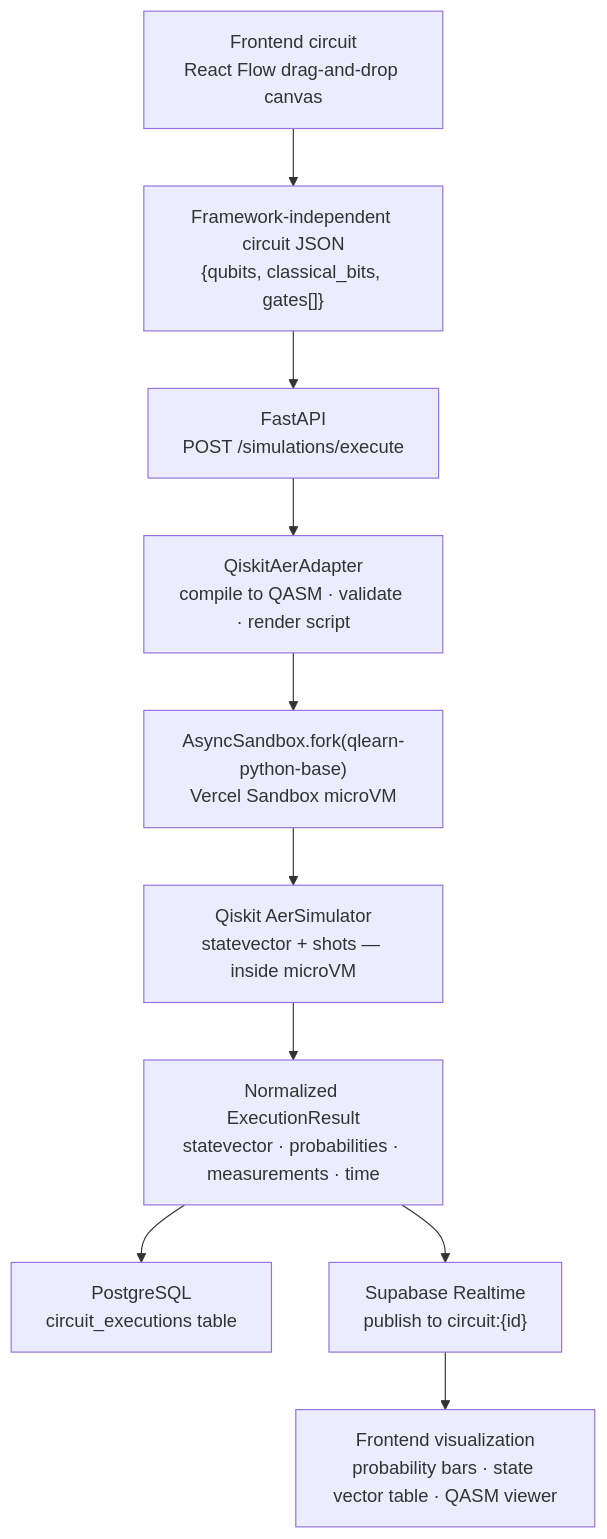
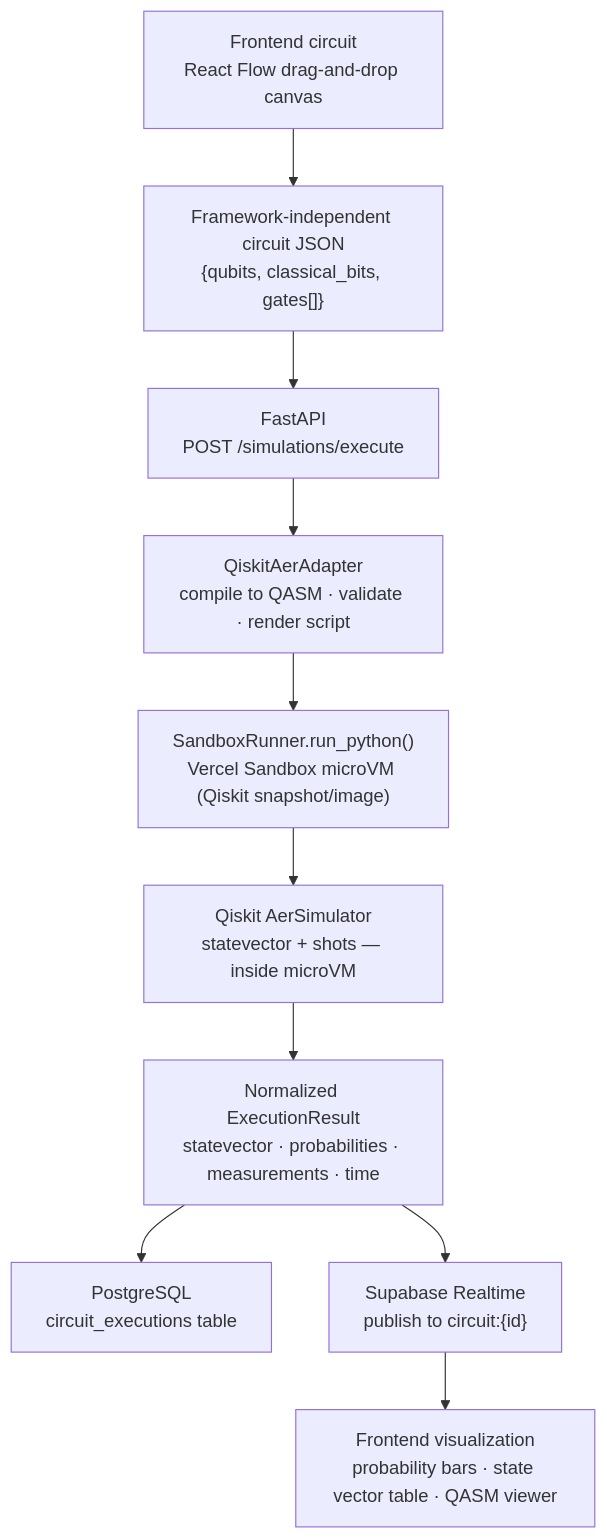
The fourth of 5 diagrams in Project.md (qphase-ai/Q-Learn), drawn with Mermaid before and after one commit. The commit also changed other lines of this file and 21 other files, not shown here.

First line of the commit message:
feat(quantum): wire Qiskit execution to the real Vercel Sandbox SDK

````diff
--- a/Project.md
+++ b/Project.md
@@ -651,17 +651,17 @@
 ```mermaid
 flowchart TD
     VIS["Frontend circuit\nReact Flow drag-and-drop canvas"]
     JSON["Framework-independent circuit JSON\n{qubits, classical_bits, gates[]}"]
     API["FastAPI\nPOST /simulations/execute"]
     ADAPTER["QiskitAerAdapter\ncompile to QASM · validate · render script"]
-    FORK["AsyncSandbox.fork(qlearn-python-base)\nVercel Sandbox microVM"]
+    FORK["SandboxRunner.run_python()\nVercel Sandbox microVM (Qiskit snapshot/image)"]
     SIM["Qiskit AerSimulator\nstatevector + shots — inside microVM"]
     RESULT["Normalized ExecutionResult\nstatevector · probabilities · measurements · time"]
     STORE["PostgreSQL\ncircuit_executions table"]
     RT["Supabase Realtime\npublish to circuit:{id}"]
     FE["Frontend visualization\nprobability bars · state vector table · QASM viewer"]
 
     VIS --> JSON --> API --> ADAPTER --> FORK --> SIM --> RESULT
     RESULT --> STORE
     RESULT --> RT --> FE
 ```
````
